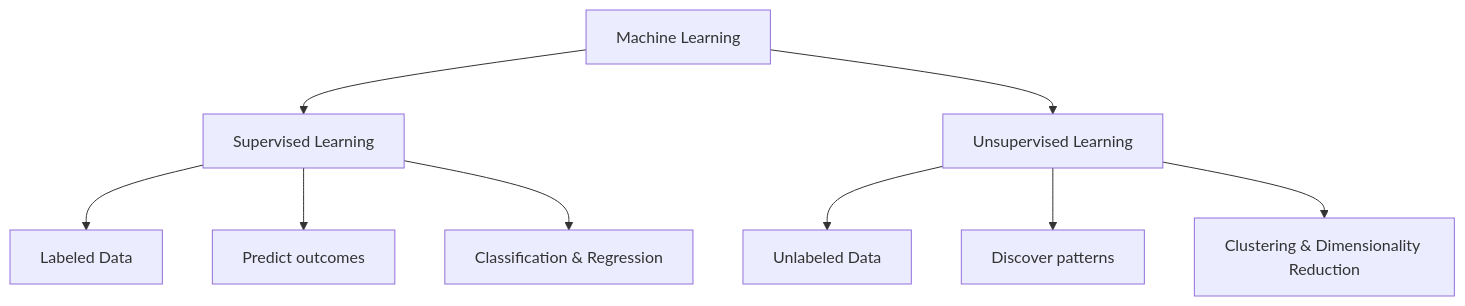
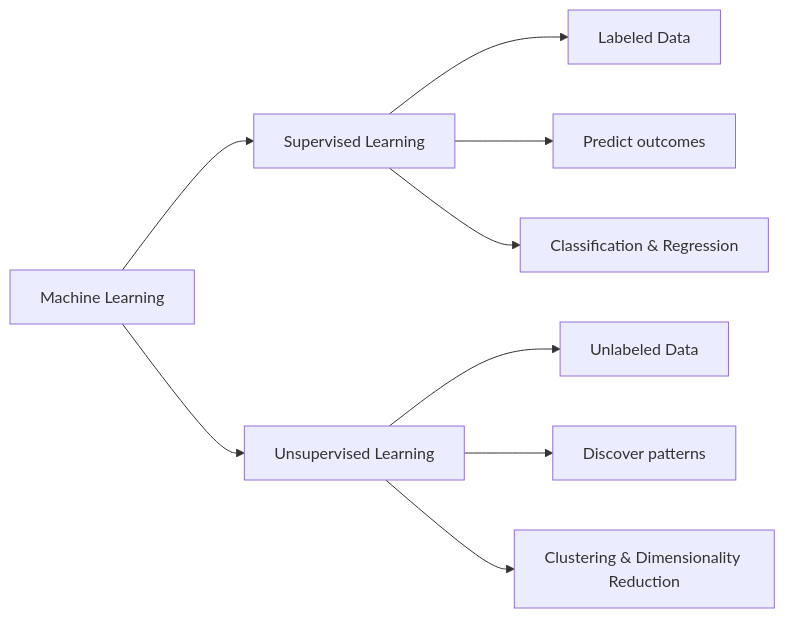
One commit to ga-curriculum/unsupervised-learning-metrics changed the diagram in introduction-to-unsupervised-learning/README.md. Above: the diagram before and after it, drawn with Mermaid.

```diff
--- a/introduction-to-unsupervised-learning/README.md
+++ b/introduction-to-unsupervised-learning/README.md
@@ -32,11 +32,11 @@
 <div class="mermaid">
-graph TD
+graph LR
   A[Machine Learning] --> B[Supervised Learning]
   A --> C[Unsupervised Learning]
   B --> D["Labeled Data"]
   B --> E["Predict outcomes"]
   B --> F["Classification & Regression"]
   C --> G["Unlabeled Data"]
   C --> H["Discover patterns"]
   C --> I["Clustering & Dimensionality Reduction"]
 </div>
```
